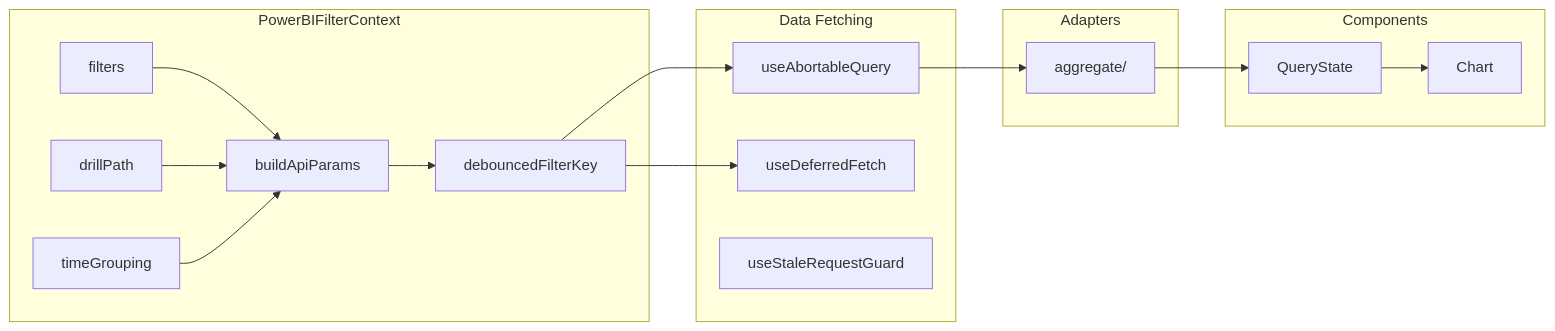
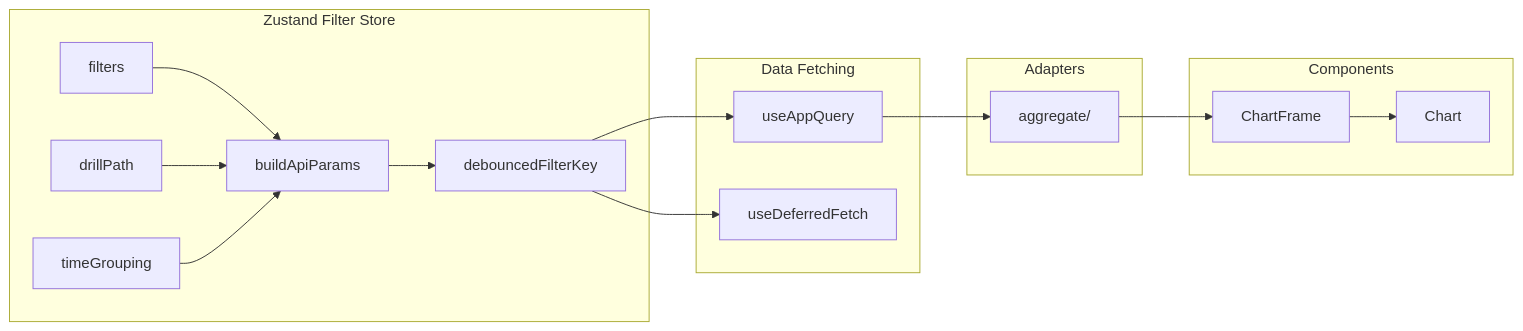
The third of 3 diagrams in docs/architecture.md (sgpropertyanalytics/sg-property-analytics), drawn with Mermaid before and after one commit. The commit also changed other lines of this file and 4 other files, not shown here.

First line of the commit message:
docs: update documentation for Zustand/TanStack Query architecture

````diff
--- a/docs/architecture.md
+++ b/docs/architecture.md
@@ -311,29 +332,28 @@
 ```mermaid
 flowchart LR
-    subgraph Context["PowerBIFilterContext"]
+    subgraph Store["Zustand Filter Store"]
         F[filters]
         D[drillPath]
         T[timeGrouping]
         B[buildApiParams]
         K[debouncedFilterKey]
     end
 
     subgraph Hooks["Data Fetching"]
-        AQ[useAbortableQuery]
+        AQ[useAppQuery]
         DF[useDeferredFetch]
-        SG[useStaleRequestGuard]
     end
 
     subgraph Transform["Adapters"]
         AD[aggregate/]
     end
 
     subgraph UI["Components"]
-        QS[QueryState]
+        CF[ChartFrame]
         CH[Chart]
     end
 
     F & D & T --> B --> K
     K --> AQ & DF
-    AQ --> AD --> QS --> CH
+    AQ --> AD --> CF --> CH
 ```
````
